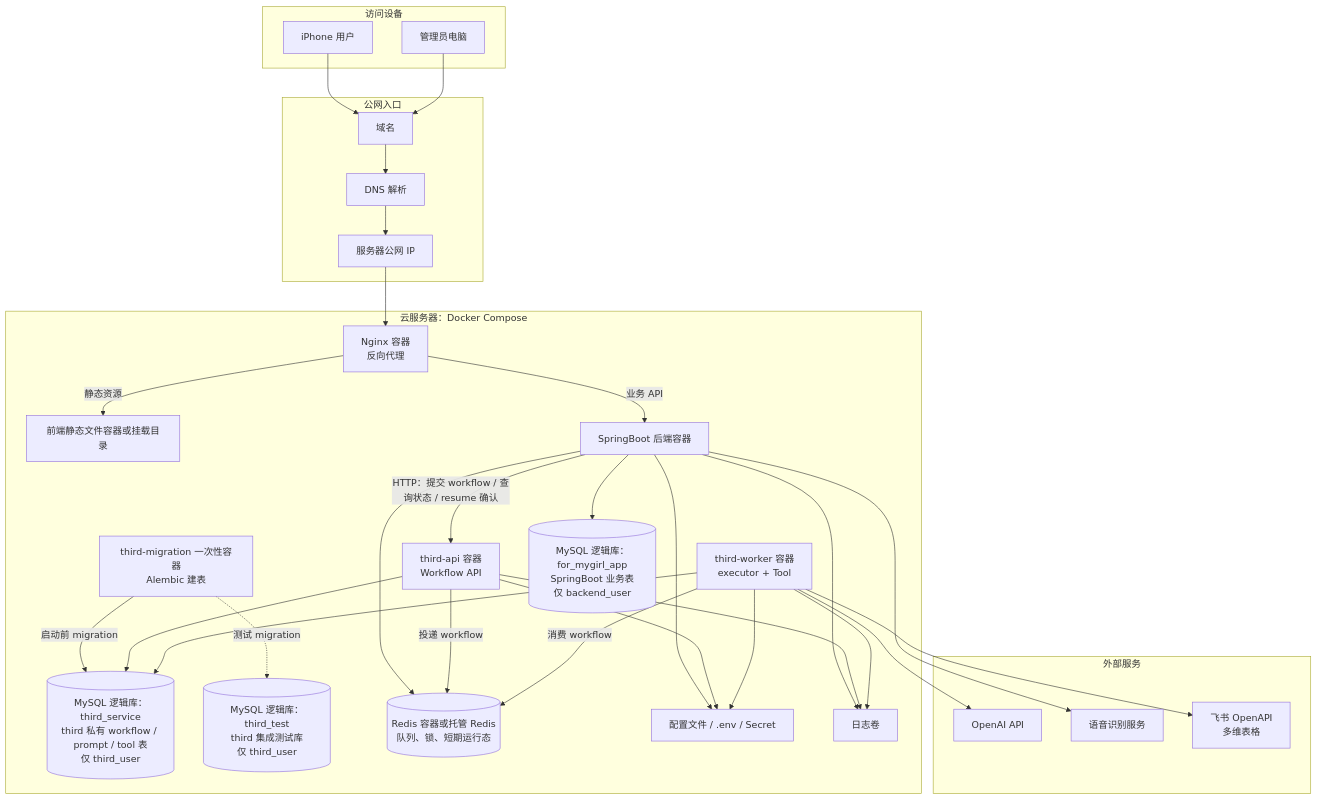
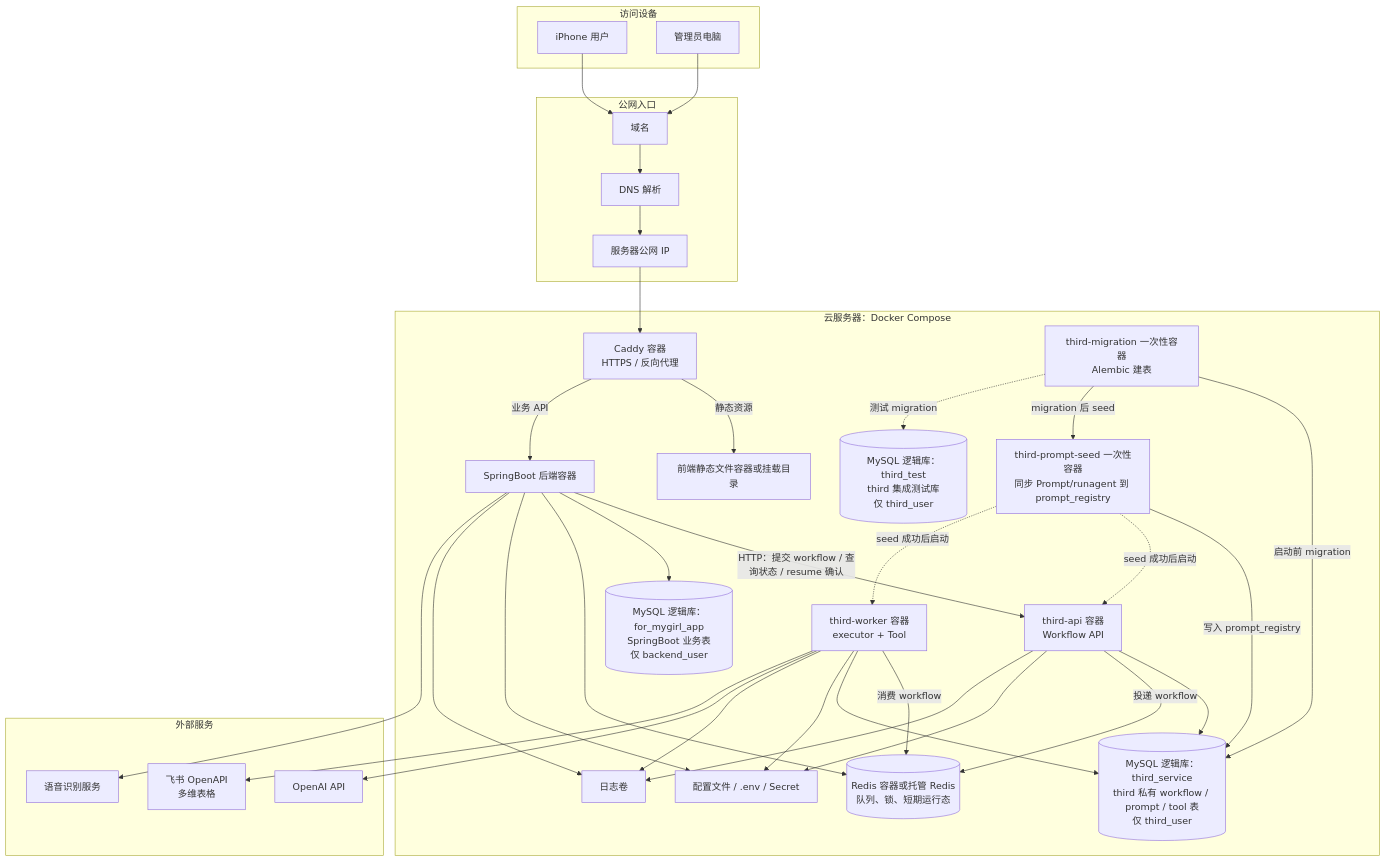
The diagram in docs/架构图/02_部署边界图.md (246706510miao-svg/for-mygirl), drawn with Mermaid before and after one commit. The commit also changed 8 other files, not shown here.

````diff
--- a/docs/架构图/02_部署边界图.md
+++ b/docs/架构图/02_部署边界图.md
@@ -1,64 +1,69 @@
 ```mermaid
 flowchart TB
     subgraph UserSide["访问设备"]
         A1["iPhone 用户"]
         A2["管理员电脑"]
     end
 
     subgraph PublicEntry["公网入口"]
         B1["域名"]
         B2["DNS 解析"]
         B3["服务器公网 IP"]
     end
 
     subgraph Server["云服务器：Docker Compose"]
-        C1["Nginx 容器<br/>反向代理"]
+        C1["Caddy 容器<br/>HTTPS / 反向代理"]
         C2["前端静态文件容器或挂载目录"]
         C3["SpringBoot 后端容器"]
         C4A["third-api 容器<br/>Workflow API"]
         C4B["third-worker 容器<br/>executor + Tool"]
         C4C["third-migration 一次性容器<br/>Alembic 建表"]
+        C4D["third-prompt-seed 一次性容器<br/>同步 Prompt/runagent 到 prompt_registry"]
         C5A[("MySQL 逻辑库：for_mygirl_app<br/>SpringBoot 业务表<br/>仅 backend_user")]
         C5B[("MySQL 逻辑库：third_service<br/>third 私有 workflow / prompt / tool 表<br/>仅 third_user")]
         C5C[("MySQL 逻辑库：third_test<br/>third 集成测试库<br/>仅 third_user")]
         C6[("Redis 容器或托管 Redis<br/>队列、锁、短期运行态")]
         C7["配置文件 / .env / Secret"]
         C8["日志卷"]
     end
 
     subgraph External["外部服务"]
         D1["OpenAI API"]
         D2["语音识别服务"]
         D3["飞书 OpenAPI<br/>多维表格"]
     end
 
     A1 --> B1
     A2 --> B1
     B1 --> B2
     B2 --> B3
     B3 --> C1
 
     C1 -->|"静态资源"| C2
     C1 -->|"业务 API"| C3
 
     C3 -->|"HTTP：提交 workflow / 查询状态 / resume 确认"| C4A
     C3 --> C5A
     C3 --> C6
     C3 --> C7
     C3 --> C8
 
     C4C -->|"启动前 migration"| C5B
+    C4C -->|"migration 后 seed"| C4D
+    C4D -->|"写入 prompt_registry"| C5B
+    C4D -.->|"seed 成功后启动"| C4A
+    C4D -.->|"seed 成功后启动"| C4B
     C4A --> C5B
     C4A -->|"投递 workflow"| C6
     C4B -->|"消费 workflow"| C6
     C4B --> C5B
     C4C -.->|"测试 migration"| C5C
     C4A --> C7
     C4B --> C7
     C4A --> C8
     C4B --> C8
 
     C4B --> D1
     C3 --> D2
     C4B --> D3
 ```
````
